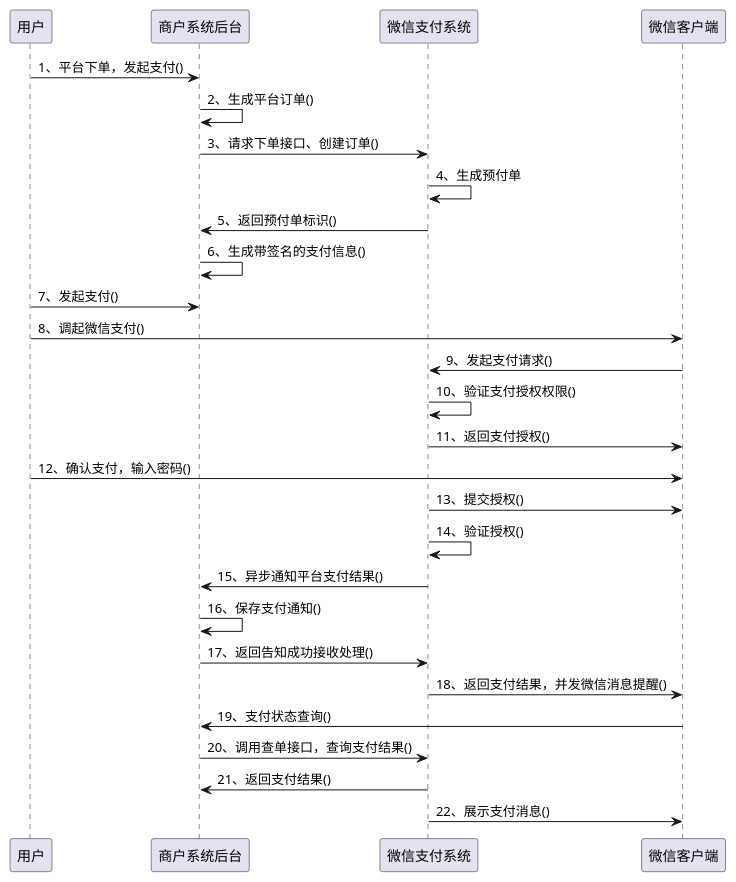
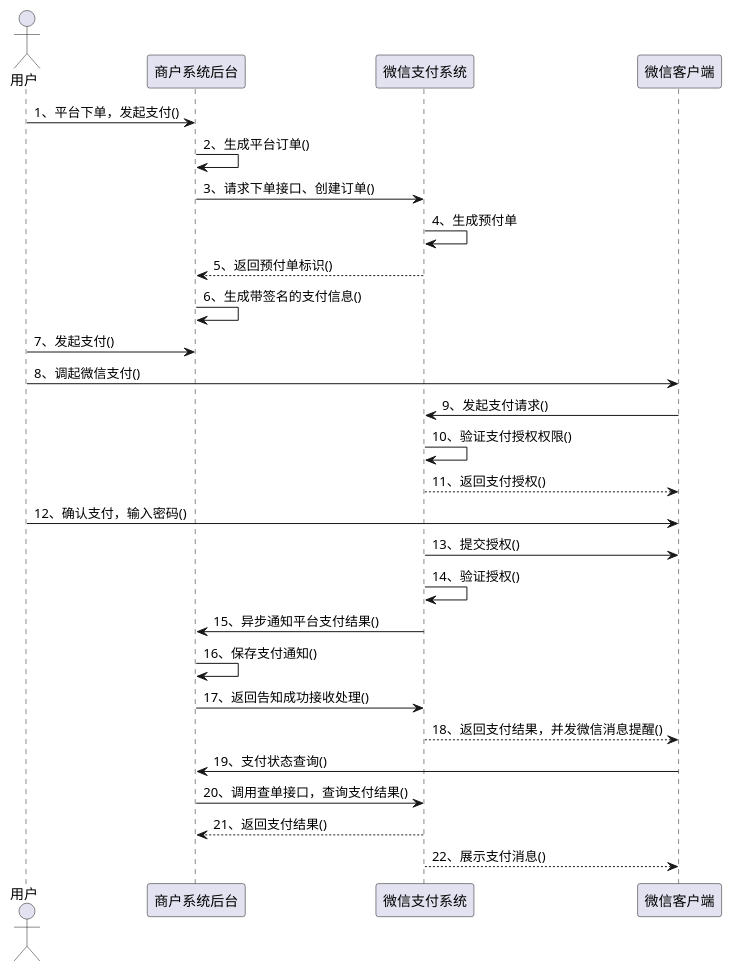
The diagram in java-basic/src/main/java/com/intecsec/java/basic/uml/sequence.puml (linkenpeng/java), drawn with PlantUML before and after one commit. The commit also changed other lines of this file, not shown here.

```diff
--- a/java-basic/src/main/java/com/intecsec/java/basic/uml/sequence.puml
+++ b/java-basic/src/main/java/com/intecsec/java/basic/uml/sequence.puml
@@ -1,46 +3,47 @@
 @startuml
+actor 用户
 
 用户 -> 商户系统后台: 1、平台下单，发起支付()
 
 商户系统后台 -> 商户系统后台: 2、生成平台订单()
 
 商户系统后台 -> 微信支付系统: 3、请求下单接口、创建订单()
 
 微信支付系统 -> 微信支付系统: 4、生成预付单
 
-微信支付系统 -> 商户系统后台: 5、返回预付单标识()
+微信支付系统 --> 商户系统后台: 5、返回预付单标识()
 
 商户系统后台 -> 商户系统后台: 6、生成带签名的支付信息()
 
 用户 -> 商户系统后台: 7、发起支付()
 
 用户 -> 微信客户端: 8、调起微信支付()
 
 微信客户端 -> 微信支付系统: 9、发起支付请求()
 
 微信支付系统 -> 微信支付系统: 10、验证支付授权权限()
 
-微信支付系统 -> 微信客户端: 11、返回支付授权()
+微信支付系统 --> 微信客户端: 11、返回支付授权()
 
 用户 -> 微信客户端: 12、确认支付，输入密码()
 
 微信支付系统 -> 微信客户端: 13、提交授权()
 
 微信支付系统 -> 微信支付系统: 14、验证授权()
 
 微信支付系统 -> 商户系统后台: 15、异步通知平台支付结果()
 
 商户系统后台 -> 商户系统后台: 16、保存支付通知()
 
 商户系统后台 -> 微信支付系统: 17、返回告知成功接收处理()
 
-微信支付系统 -> 微信客户端: 18、返回支付结果，并发微信消息提醒()
+微信支付系统 --> 微信客户端: 18、返回支付结果，并发微信消息提醒()
 
 微信客户端 -> 商户系统后台: 19、支付状态查询()
 
 商户系统后台 -> 微信支付系统: 20、调用查单接口，查询支付结果()
 
-微信支付系统 -> 商户系统后台: 21、返回支付结果()
+微信支付系统 --> 商户系统后台: 21、返回支付结果()
 
-微信支付系统 -> 微信客户端: 22、展示支付消息()
+微信支付系统 --> 微信客户端: 22、展示支付消息()
 @enduml
```
